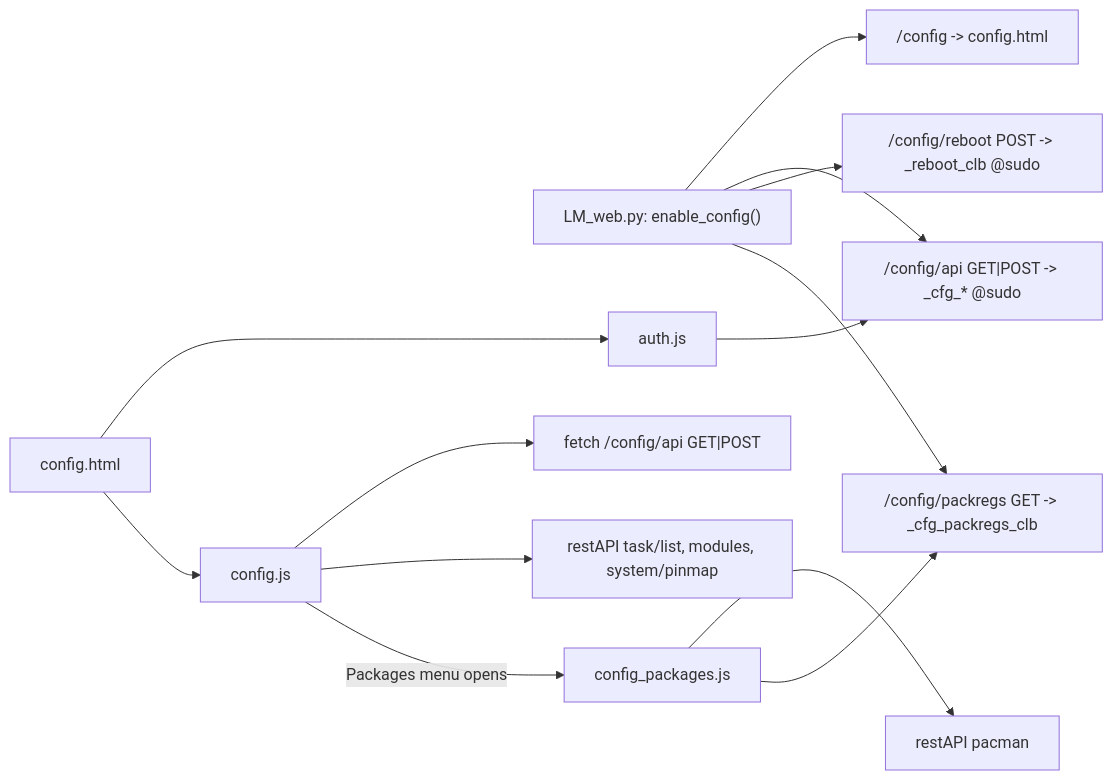
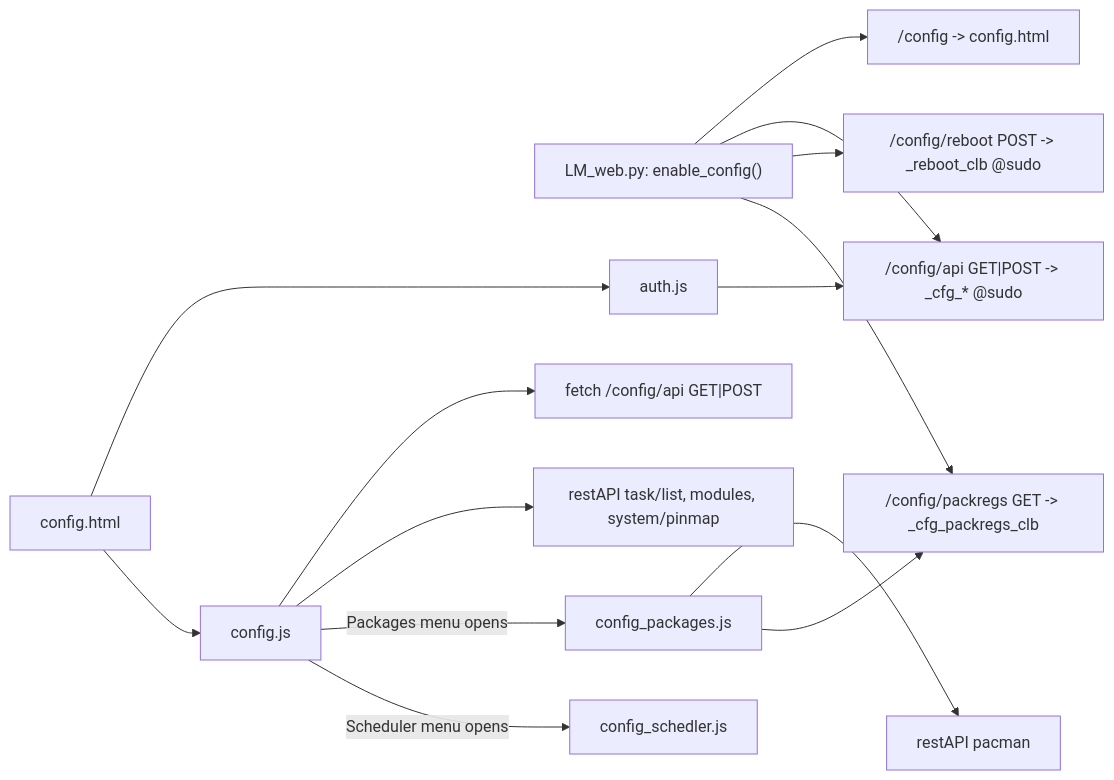
Before and after one commit to BxNxM/micrOS: the fifth of 10 diagrams in micrOS/ARCHITECTURE.md, drawn with Mermaid. The commit also changed other lines of this file and 12 other files, not shown here.

First line of the commit message:
[micrOS][Web Config] Fix config UI drafts and Scheduler layout - 3.6.3-1

````diff
--- a/micrOS/ARCHITECTURE.md
+++ b/micrOS/ARCHITECTURE.md
@@ -292,15 +294,16 @@
 ```mermaid
 flowchart LR
     A["LM_web.py: enable_config()"] --> B["/config -> config.html"]
     A --> C["/config/api GET|POST -> _cfg_* @sudo"]
     A --> D["/config/reboot POST -> _reboot_clb @sudo"]
     A --> J["/config/packregs GET -> _cfg_packregs_clb"]
     E["config.html"] --> F["auth.js"]
     E --> G["config.js"]
     G --> H["fetch /config/api GET|POST"]
     G --> I["restAPI task/list, modules, system/pinmap"]
     G -->|Packages menu opens| K["config_packages.js"]
+    G -->|Scheduler menu opens| M["config_schedler.js"]
     K --> L["restAPI pacman"]
     F --> C
     K --> J
 ```
````
